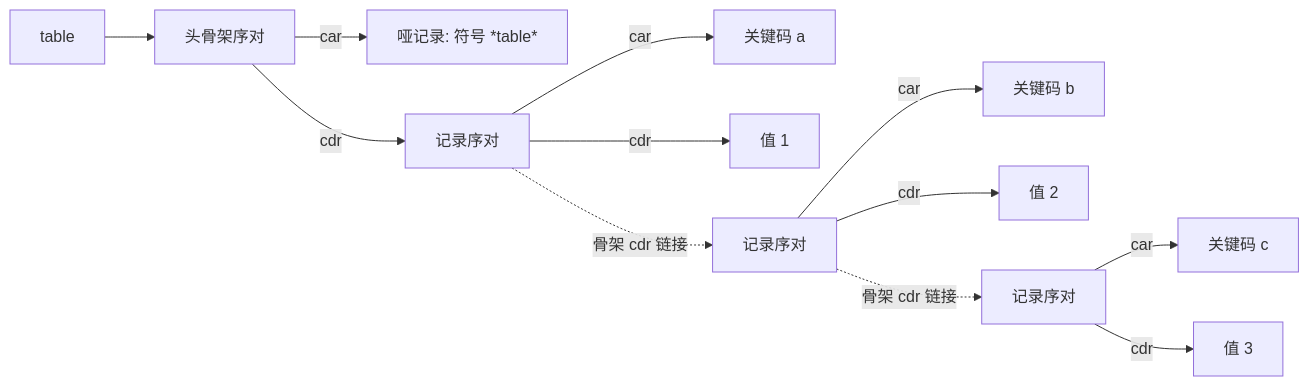
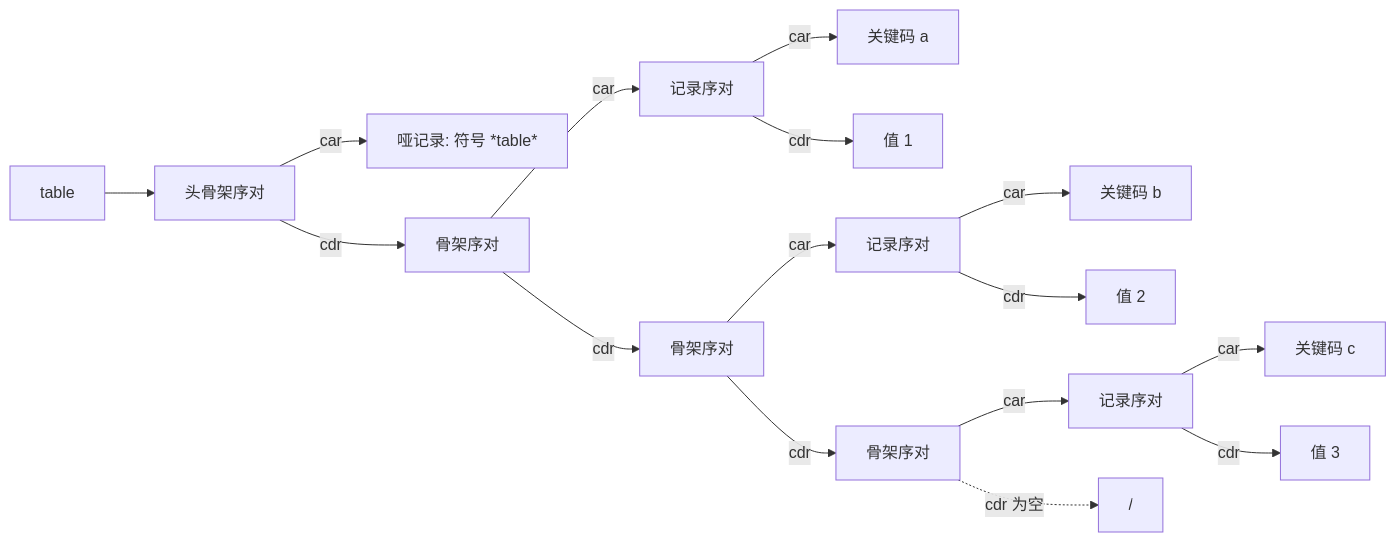
Before and after one commit to xiehanff/trans-books-city: diagram 21 of 36 in books/structure-and-interpretation-of-computer-programs/03-第3章-模块化对象和状态.md, drawn with Mermaid. The commit also changed other lines of this file and 80 other files, not shown here.

````diff
--- a/books/structure-and-interpretation-of-computer-programs/03-第3章-模块化对象和状态.md
+++ b/books/structure-and-interpretation-of-computer-programs/03-第3章-模块化对象和状态.md
@@ -1516,14 +1516,18 @@
 ```mermaid
 flowchart LR
     T["table"] --> H["头骨架序对"]
     H -->|"car"| ST["哑记录: 符号 *table*"]
-    H -->|"cdr"| R1["记录序对"]
+    H -->|"cdr"| S1["骨架序对"]
+    S1 -->|"car"| R1["记录序对"]
     R1 -->|"car"| KA["关键码 a"]
     R1 -->|"cdr"| V1["值 1"]
-    R1 -.->|"骨架 cdr 链接"| R2["记录序对"]
+    S1 -->|"cdr"| S2["骨架序对"]
+    S2 -->|"car"| R2["记录序对"]
     R2 -->|"car"| KB["关键码 b"]
     R2 -->|"cdr"| V2["值 2"]
-    R2 -.->|"骨架 cdr 链接"| R3["记录序对"]
+    S2 -->|"cdr"| S3["骨架序对"]
+    S3 -->|"car"| R3["记录序对"]
     R3 -->|"car"| KC["关键码 c"]
     R3 -->|"cdr"| V3["值 3"]
+    S3 -.->|"cdr 为空"| N["/"]
 ```
````
